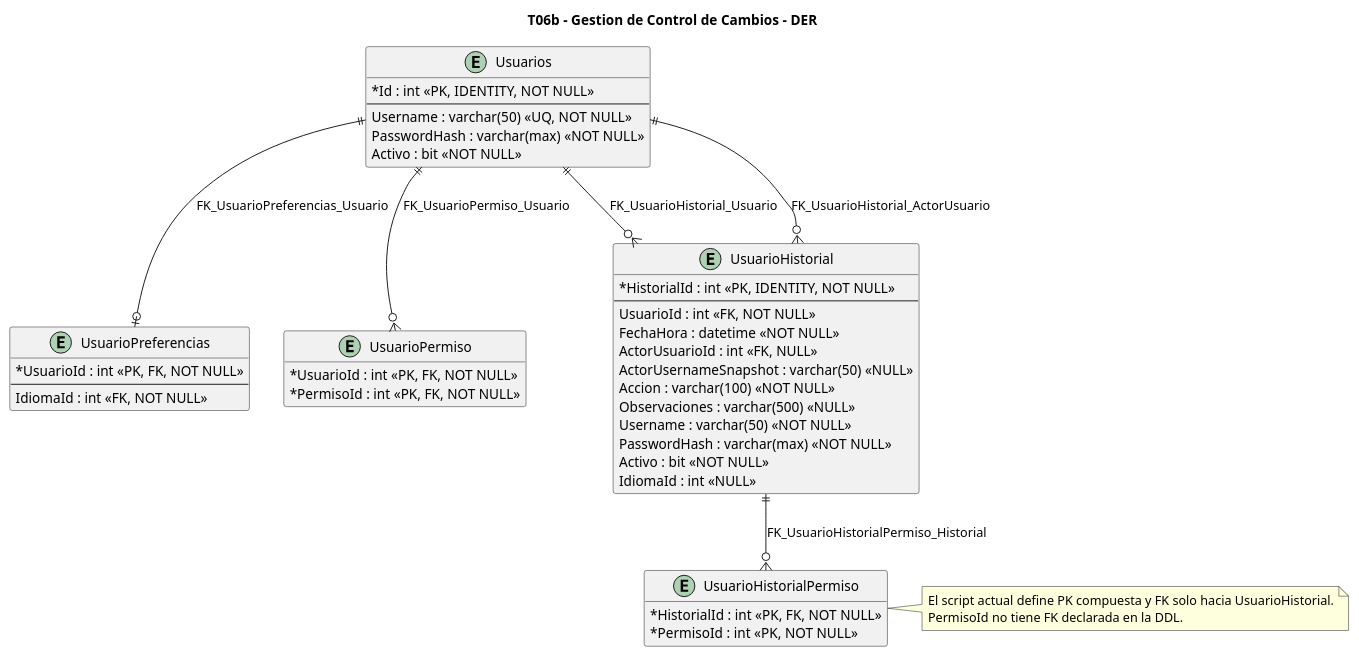
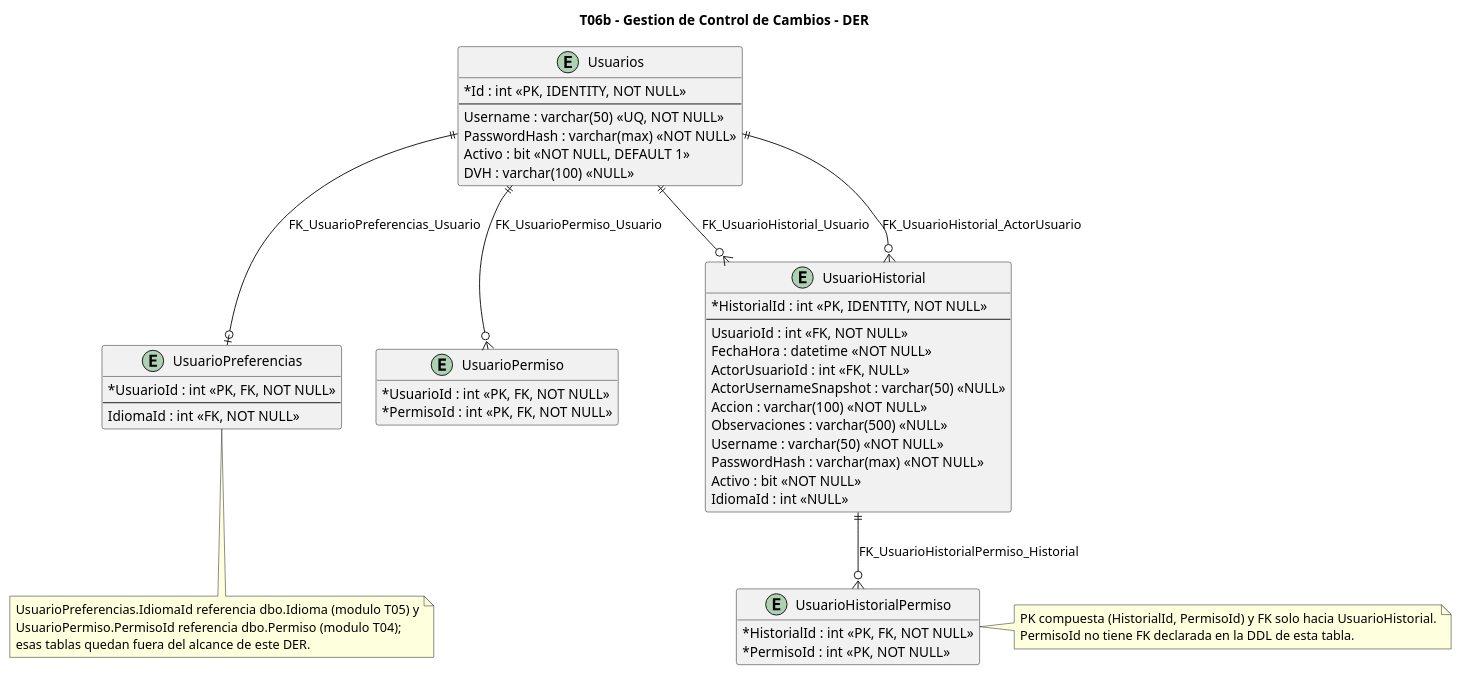
Before and after one commit to aggutierrez98/TP-TD: the diagram in diagramas/T06b-control-cambios/T06b-control-cambios-datos.puml, drawn with PlantUML. The commit also changed 28 other files, not shown here.

Commit message:
mEJORAR DIAGRAMAS

```diff
--- a/diagramas/T06b-control-cambios/T06b-control-cambios-datos.puml
+++ b/diagramas/T06b-control-cambios/T06b-control-cambios-datos.puml
@@ -1,58 +1,65 @@
 @startuml
 title T06b - Gestion de Control de Cambios - DER
 
 hide methods
 hide stereotypes
 skinparam classAttributeIconSize 0
 
 entity "Usuarios" as Usuarios {
   *Id : int <<PK, IDENTITY, NOT NULL>>
   --
   Username : varchar(50) <<UQ, NOT NULL>>
   PasswordHash : varchar(max) <<NOT NULL>>
-  Activo : bit <<NOT NULL>>
+  Activo : bit <<NOT NULL, DEFAULT 1>>
+  DVH : varchar(100) <<NULL>>
 }
 
 entity "UsuarioPreferencias" as UsuarioPreferencias {
   *UsuarioId : int <<PK, FK, NOT NULL>>
   --
   IdiomaId : int <<FK, NOT NULL>>
 }
 
 entity "UsuarioPermiso" as UsuarioPermiso {
   *UsuarioId : int <<PK, FK, NOT NULL>>
   *PermisoId : int <<PK, FK, NOT NULL>>
 }
 
 entity "UsuarioHistorial" as UsuarioHistorial {
   *HistorialId : int <<PK, IDENTITY, NOT NULL>>
   --
   UsuarioId : int <<FK, NOT NULL>>
   FechaHora : datetime <<NOT NULL>>
   ActorUsuarioId : int <<FK, NULL>>
   ActorUsernameSnapshot : varchar(50) <<NULL>>
   Accion : varchar(100) <<NOT NULL>>
   Observaciones : varchar(500) <<NULL>>
   Username : varchar(50) <<NOT NULL>>
   PasswordHash : varchar(max) <<NOT NULL>>
   Activo : bit <<NOT NULL>>
   IdiomaId : int <<NULL>>
 }
 
 entity "UsuarioHistorialPermiso" as UsuarioHistorialPermiso {
   *HistorialId : int <<PK, FK, NOT NULL>>
   *PermisoId : int <<PK, NOT NULL>>
 }
 
 Usuarios ||--o{ UsuarioHistorial : FK_UsuarioHistorial_Usuario
 Usuarios ||--o{ UsuarioHistorial : FK_UsuarioHistorial_ActorUsuario
 UsuarioHistorial ||--o{ UsuarioHistorialPermiso : FK_UsuarioHistorialPermiso_Historial
 Usuarios ||--o| UsuarioPreferencias : FK_UsuarioPreferencias_Usuario
 Usuarios ||--o{ UsuarioPermiso : FK_UsuarioPermiso_Usuario
 
 note right of UsuarioHistorialPermiso
-  El script actual define PK compuesta y FK solo hacia UsuarioHistorial.
-  PermisoId no tiene FK declarada en la DDL.
+  PK compuesta (HistorialId, PermisoId) y FK solo hacia UsuarioHistorial.
+  PermisoId no tiene FK declarada en la DDL de esta tabla.
+end note
+
+note bottom of UsuarioPreferencias
+  UsuarioPreferencias.IdiomaId referencia dbo.Idioma (modulo T05) y
+  UsuarioPermiso.PermisoId referencia dbo.Permiso (modulo T04);
+  esas tablas quedan fuera del alcance de este DER.
 end note
 
 @enduml
```
